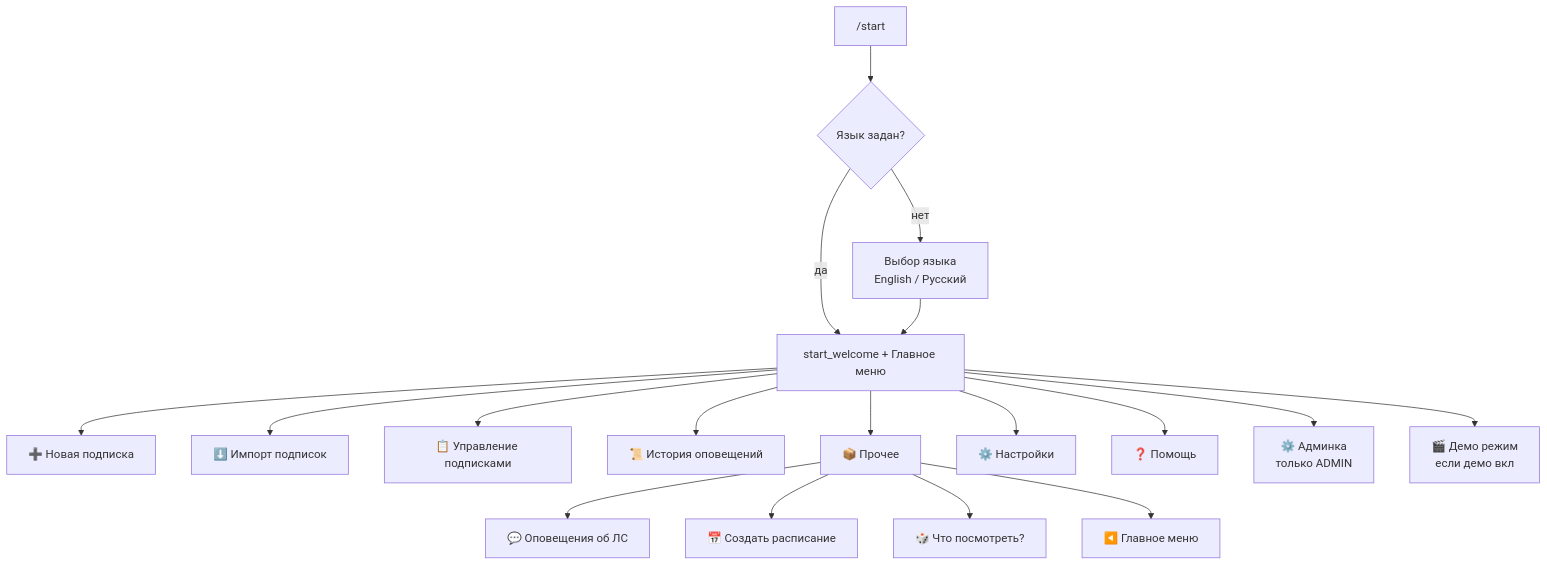
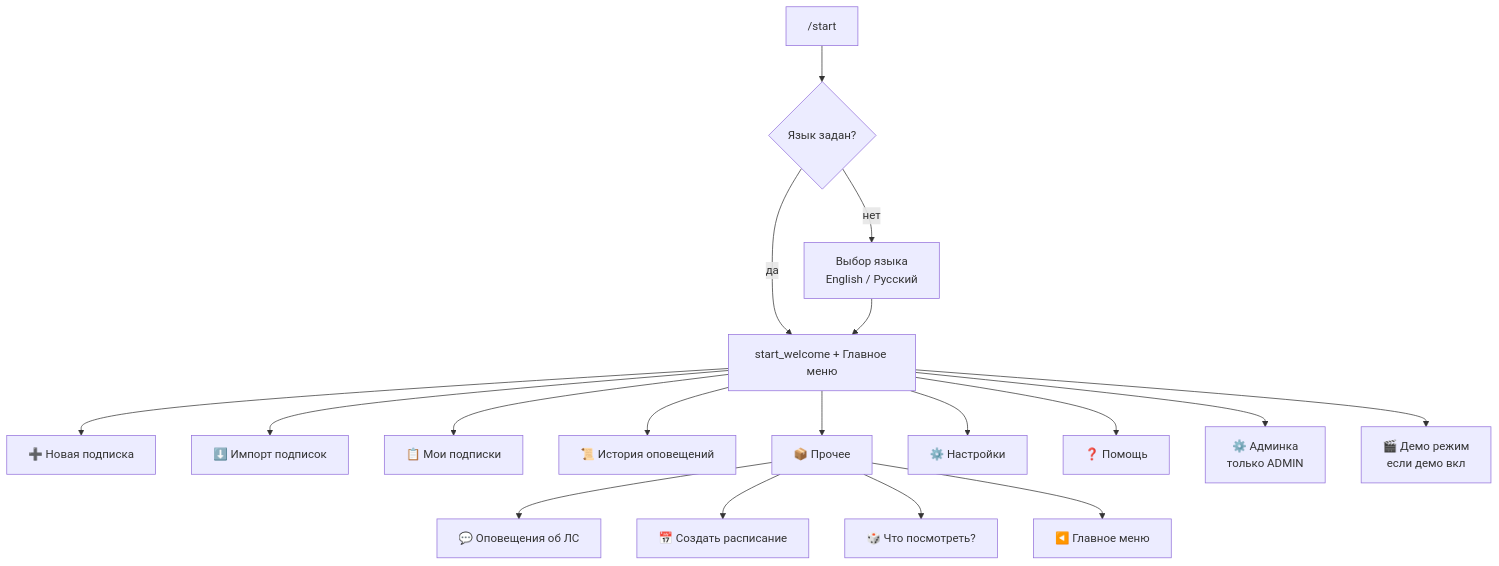
The first of 3 diagrams in docs/user-flow-map.ru.md (Marfa/twitch-telegram-bot), drawn with Mermaid before and after one commit. The commit also changed other lines of this file and 12 other files, not shown here.

````diff
--- a/docs/user-flow-map.ru.md
+++ b/docs/user-flow-map.ru.md
@@ -21,21 +21,21 @@
 ```mermaid
 flowchart TD
   S["/start"] --> L{Язык задан?}
   L -->|нет| LANG["Выбор языка<br/>English / Русский"]
   L -->|да| W["start_welcome + Главное меню"]
   LANG --> W
 
   W --> NEW["➕ Новая подписка"]
   W --> IMP["⬇️ Импорт подписок"]
-  W --> SUB["📋 Управление подписками"]
+  W --> SUB["📋 Мои подписки"]
   W --> HIS["📜 История оповещений"]
   W --> OTH["📦 Прочее"]
   W --> SET["⚙️ Настройки"]
   W --> FB["❓ Помощь"]
   W --> ADM["⚙️ Админка<br/>только ADMIN"]
   W --> DEM["🎬 Демо режим<br/>если демо вкл"]
   OTH --> WH["💬 Оповещения об ЛС"]
   OTH --> SCH["📅 Создать расписание"]
   OTH --> WAT["🎲 Что посмотреть?"]
   OTH --> BACK["◀️ Главное меню"]
 ```
````
